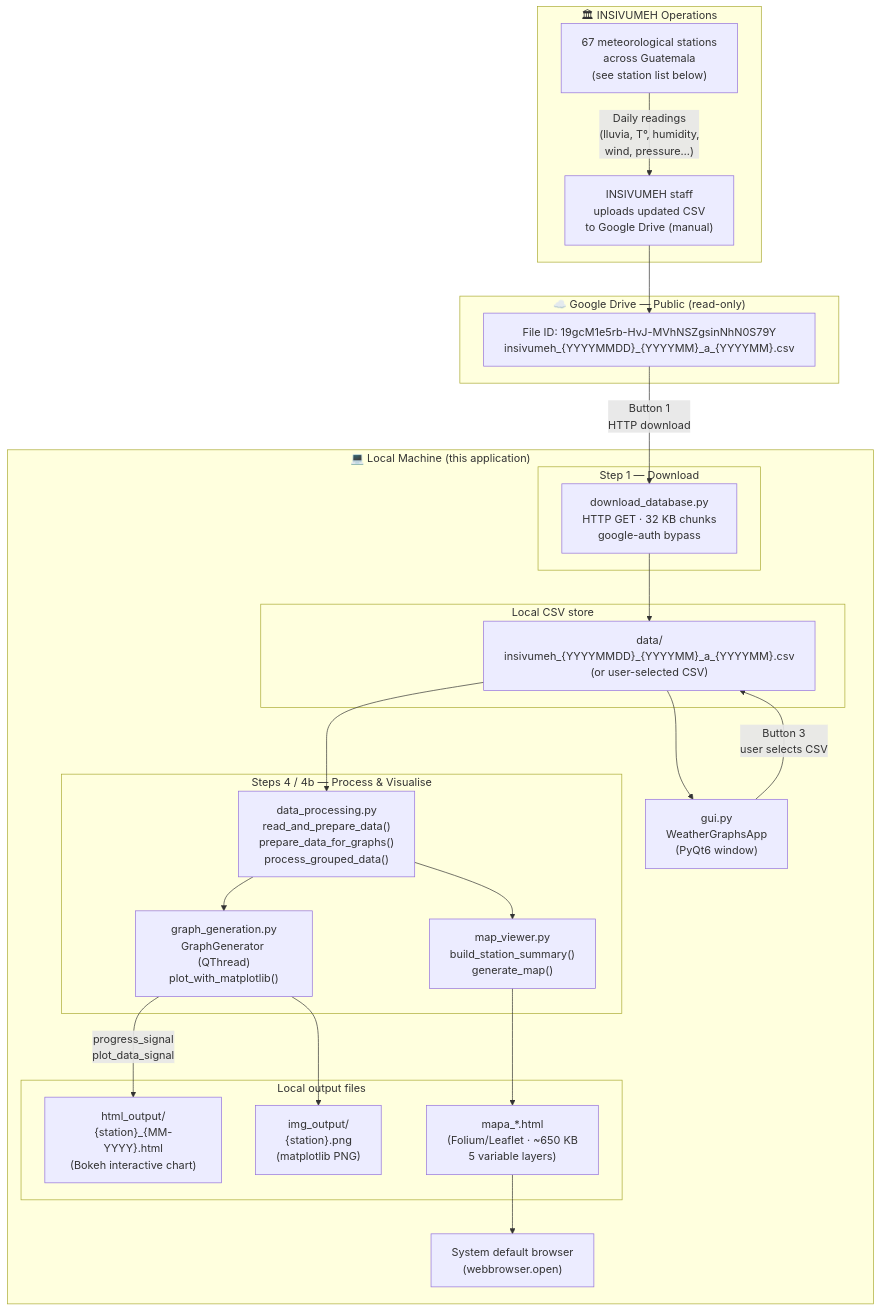
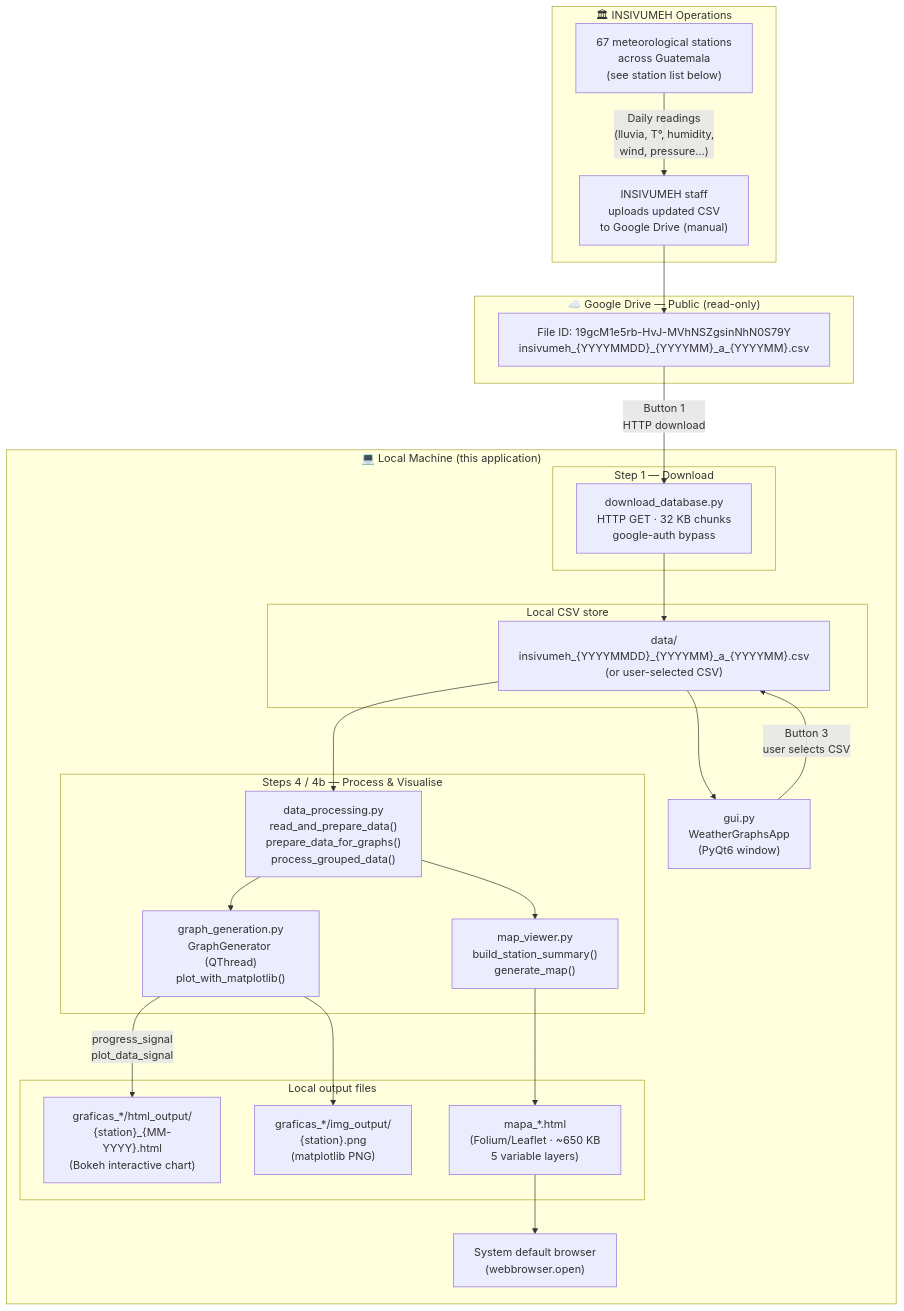
One commit to EdwinKestler/graph_generator_monthly changed the diagram in readme.md. Above: the diagram before and after it, drawn with Mermaid. The commit also changed other lines of this file and 6 other files, not shown here.

````diff
--- a/readme.md
+++ b/readme.md
@@ -695,51 +697,51 @@
 ```mermaid
 flowchart TD
     subgraph CLOUD_IN["☁️  Google Drive — Public (read-only)"]
         GD_PUB["File ID: 19gcM1e5rb-HvJ-MVhNSZgsinNhN0S79Y\ninsivumeh_{YYYYMMDD}_{YYYYMM}_a_{YYYYMM}.csv"]
     end
 
     subgraph INSIVUMEH_OPS["🏛  INSIVUMEH Operations"]
         STATIONS["67 meteorological stations\nacross Guatemala\n(see station list below)"]
         INSIVUMEH_UPLOAD["INSIVUMEH staff\nuploads updated CSV\nto Google Drive (manual)"]
         STATIONS -->|"Daily readings\n(lluvia, T°, humidity,\nwind, pressure…)"| INSIVUMEH_UPLOAD
         INSIVUMEH_UPLOAD --> GD_PUB
     end
 
     subgraph LOCAL["💻  Local Machine (this application)"]
         GUI["gui.py\nWeatherGraphsApp\n(PyQt6 window)"]
 
         subgraph DOWNLOAD["Step 1 — Download"]
             DL["download_database.py\nHTTP GET · 32 KB chunks\ngoogle-auth bypass"]
         end
 
         subgraph CSV_LOCAL["Local CSV store"]
             CSV["data/\ninsivumeh_{YYYYMMDD}_{YYYYMM}_a_{YYYYMM}.csv\n(or user-selected CSV)"]
         end
 
         subgraph PROCESSING["Steps 4 / 4b — Process & Visualise"]
             DP["data_processing.py\nread_and_prepare_data()\nprepare_data_for_graphs()\nprocess_grouped_data()"]
             GG["graph_generation.py\nGraphGenerator (QThread)\nplot_with_matplotlib()"]
             MV["map_viewer.py\nbuild_station_summary()\ngenerate_map()"]
         end
 
         subgraph OUTPUTS["Local output files"]
-            HTML_OUT["html_output/\n{station}_{MM-YYYY}.html\n(Bokeh interactive chart)"]
-            PNG_OUT["img_output/\n{station}.png\n(matplotlib PNG)"]
+            HTML_OUT["graficas_*/html_output/\n{station}_{MM-YYYY}.html\n(Bokeh interactive chart)"]
+            PNG_OUT["graficas_*/img_output/\n{station}.png\n(matplotlib PNG)"]
             MAP_OUT["mapa_*.html\n(Folium/Leaflet · ~650 KB\n5 variable layers)"]
         end
 
         BROWSER["System default browser\n(webbrowser.open)"]
     end
 
     GD_PUB -->|"Button 1\nHTTP download"| DL
     DL --> CSV
     CSV --> GUI
     GUI -->|"Button 3\nuser selects CSV"| CSV
     CSV --> DP
     DP --> GG
     DP --> MV
     GG -->|"progress_signal\nplot_data_signal"| HTML_OUT
     GG --> PNG_OUT
     MV --> MAP_OUT
     MAP_OUT --> BROWSER
 ```
````
